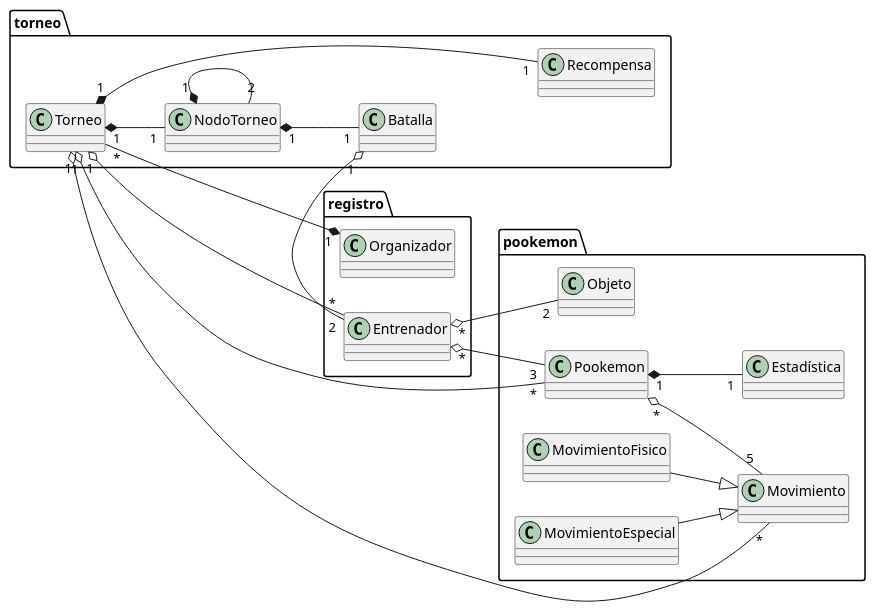
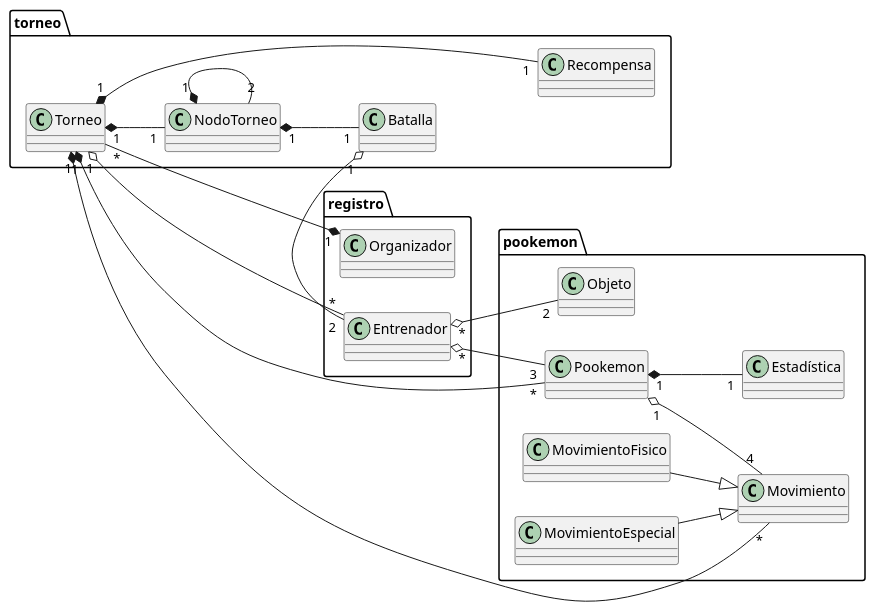
One commit to Edmh1/Poo-Kemon-proyecto changed the diagram in 4 diagrama de clases/diagrama de clases general.plantuml. Above: the diagram before and after it, drawn with PlantUML. The commit also changed 1 other file, not shown here.

Commit message:
update diagramas de clases y casos de uso

```diff
--- a/4 diagrama de clases/diagrama de clases general.plantuml
+++ b/4 diagrama de clases/diagrama de clases general.plantuml
@@ -1,86 +1,87 @@
 @startuml diagrama de clases
 
 left to right direction
 
 package "registro" {
     class Entrenador {
 
     }
 
     class Organizador {
 
     }
 
 }
 
 package "torneo" {
     class Batalla {
 
     }
 
     class NodoTorneo {
       
     }
 
     class Torneo {
     
     }
 
     class Recompensa {
       
     }
 }
 
 package "pookemon" {
     class Pookemon {
 
     }
 
     class Objeto{
 
     }
 
     class Estadística {
 
     }
 
     class Movimiento {
 
     }
 
     class MovimientoFisico{
 
     }
 
     class MovimientoEspecial{
 
     }
 
 }
 
 Entrenador "*" o-- "3" Pookemon 
 Entrenador "*" o-- "2" Objeto
 
-Pookemon "*" o-- "5" Movimiento
+Pookemon "1" o-- "4" Movimiento
 Pookemon "1" *-- "1" Estadística
 
 MovimientoFisico --|> Movimiento
 MovimientoEspecial --|> Movimiento
 
 
 Organizador "1" *-- "*" Torneo
 
 Torneo "1" o--- "*" Entrenador
-Torneo "1" o-- "*" Pookemon
-Torneo "1" o-- "*" Movimiento
+Torneo "1" *-- "*" Movimiento
+Torneo "1" *-- "*" Pookemon
 Torneo "1" *---- "1" Recompensa
 Torneo "1" *-- "1" NodoTorneo
 
 
 NodoTorneo "1" *-- "2" NodoTorneo
 NodoTorneo "1" *-- "1" Batalla
 
 Batalla "1" o-- "2" Entrenador
 
 
+
 @enduml
```
